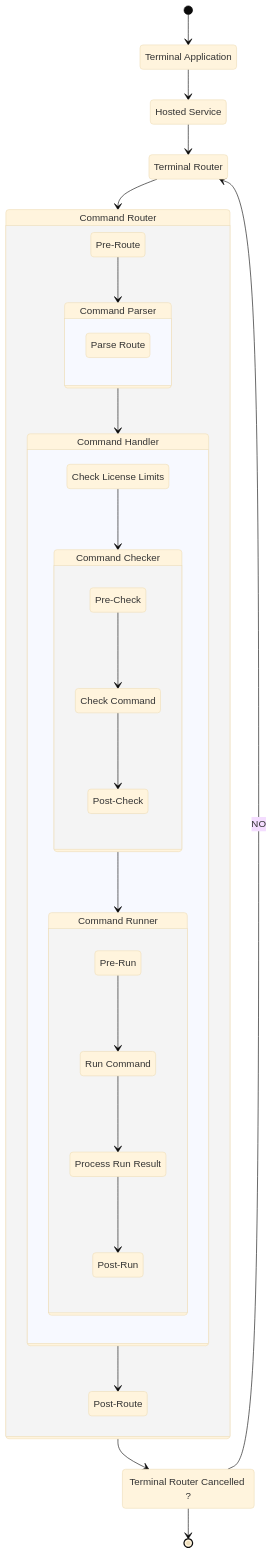
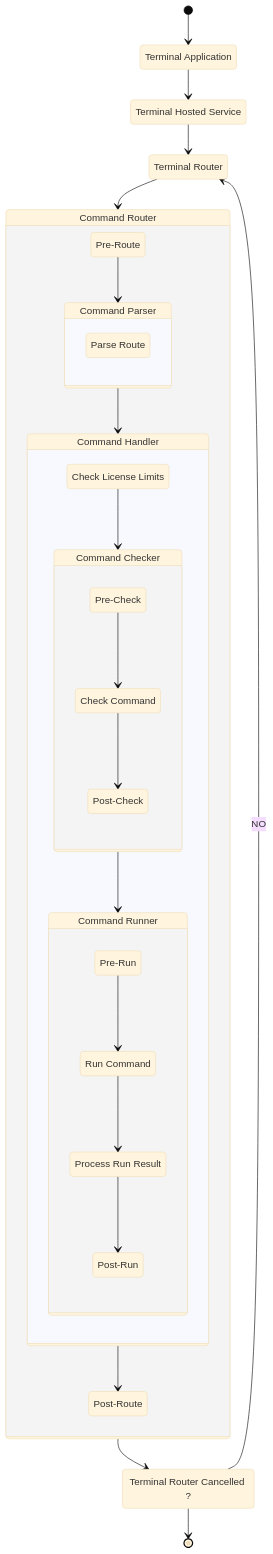
One commit to perpetualintelligence/docs changed the diagram in docfx_project/articles/terminal/concepts/intro.md. Above: the diagram before and after it, drawn with Mermaid (base theme). The commit also changed 12 other files, not shown here.

````diff
--- a/docfx_project/articles/terminal/concepts/intro.md
+++ b/docfx_project/articles/terminal/concepts/intro.md
@@ -4,57 +4,57 @@
 ```mermaid
 stateDiagram
     classDef Movement font-style:italic;
     classDef Event fill:#f9f9f9,stroke:#333,stroke-width:1px,font-style:italic,fill:#e6e6e6
 
     Terminal : Terminal Application
-    HostedService : Hosted Service
+    HostedService : Terminal Hosted Service
     TerminalRouter : Terminal Router
     CommandRouter : Command Router
     PreRouteEvent : Pre-Route
     CommandParser : Command Parser
     RouteParser : Parse Route
     CommandHandler : Command Handler
     CheckLicense : Check License Limits
     CommandChecker : Command Checker
     PreCheckEvent : Pre-Check
     CheckCommand : Check Command
     PostCheckEvent : Post-Check
     CommandRunner : Command Runner
     PreRunEvent : Pre-Run
     RunCommand : Run Command
     ProcessResult : Process Run Result
     PostRunEvent : Post-Run
     PostRouteEvent : Post-Route
     Cancelled : Terminal Router Cancelled ?
 
     [*] --> Terminal
     Terminal --> HostedService 
     HostedService --> TerminalRouter
     TerminalRouter --> CommandRouter
     state CommandRouter {
         PreRouteEvent --> CommandParser
 
         state CommandParser {
             RouteParser
         }
         
         CommandParser --> CommandHandler
         state CommandHandler {
             CheckLicense --> CommandChecker
             state CommandChecker{
                 PreCheckEvent --> CheckCommand
                 CheckCommand --> PostCheckEvent
             }
             CommandChecker --> CommandRunner
             state CommandRunner {
                 PreRunEvent --> RunCommand
                 RunCommand --> ProcessResult
                 ProcessResult --> PostRunEvent
             }
         }
         CommandHandler --> PostRouteEvent
     }
     CommandRouter --> Cancelled
     Cancelled --> TerminalRouter : NO
     Cancelled --> [*]
 ```
````
